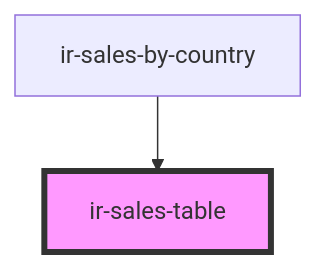
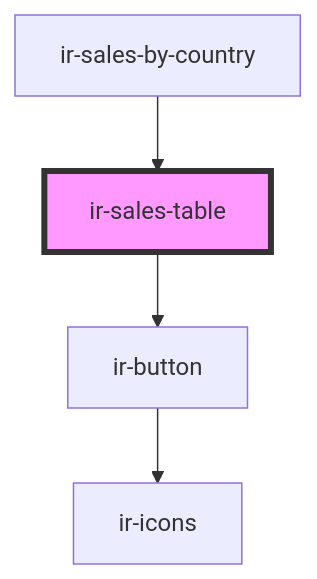
Before and after one commit to RonyRizk/ir-webcmp: the diagram in src/components/ir-sales-by-country/ir-sales-table/readme.md, drawn with Mermaid. The commit also changed other lines of this file and 19 other files, not shown here.

````diff
--- a/src/components/ir-sales-by-country/ir-sales-table/readme.md
+++ b/src/components/ir-sales-by-country/ir-sales-table/readme.md
@@ -22,5 +27,7 @@
 ```mermaid
 graph TD;
+  ir-sales-table --> ir-button
+  ir-button --> ir-icons
   ir-sales-by-country --> ir-sales-table
   style ir-sales-table fill:#f9f,stroke:#333,stroke-width:4px
 ```
````
